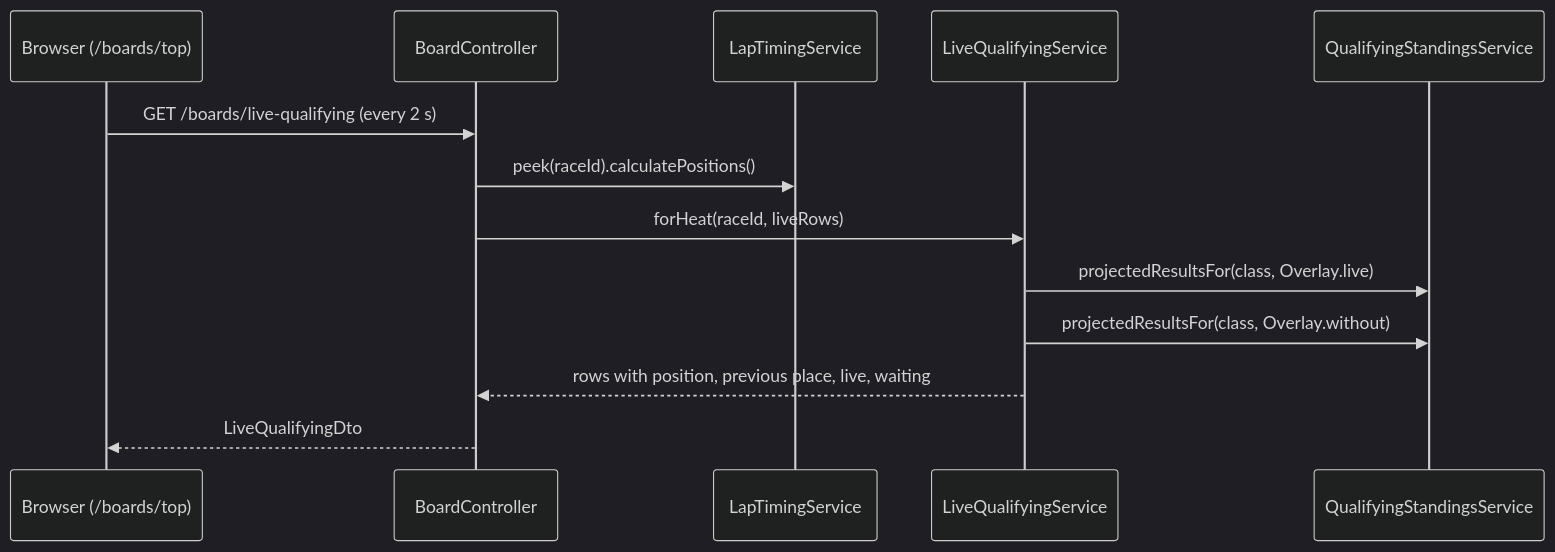
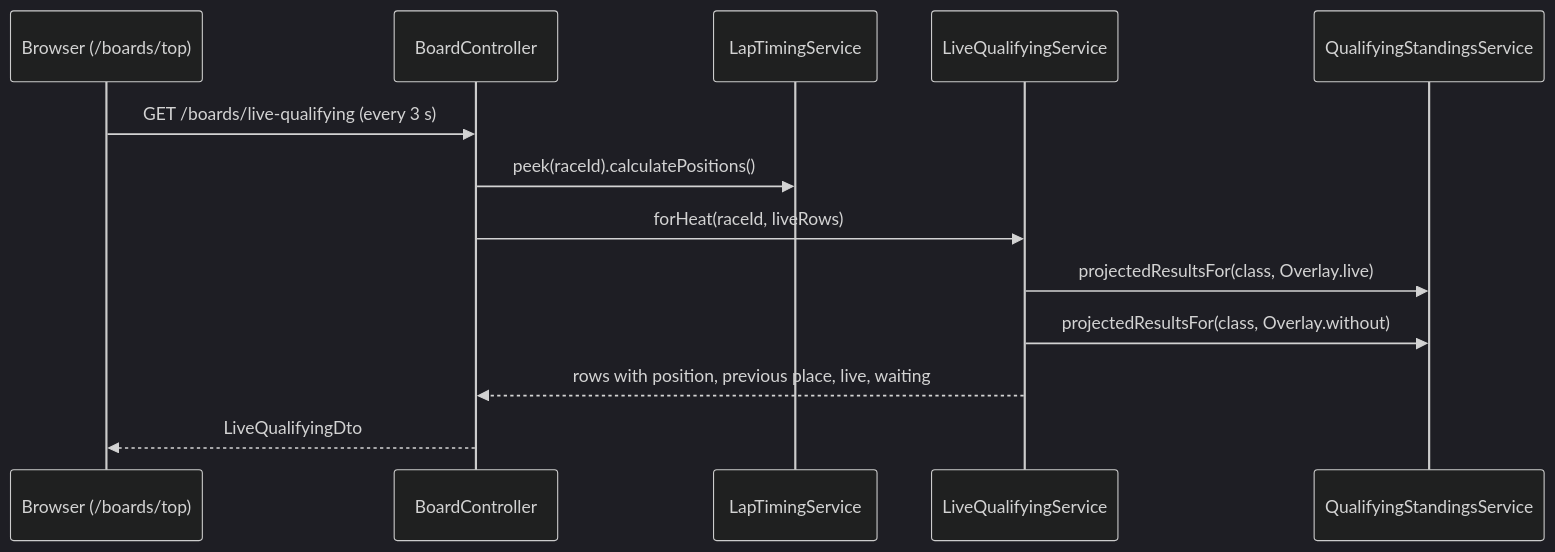
One commit to RCRaceHub/RCTimingControl changed the seventh of 10 diagrams in docs/developer/sequences.md. Above: the diagram before and after it, drawn with Mermaid (dark theme). The commit also changed other lines of this file and 4 other files, not shown here.

````diff
--- a/docs/developer/sequences.md
+++ b/docs/developer/sequences.md
@@ -217,15 +217,15 @@
 ```mermaid
 sequenceDiagram
     participant B as Browser (/boards/top)
     participant BC as BoardController
     participant LTS as LapTimingService
     participant LQ as LiveQualifyingService
     participant QS as QualifyingStandingsService
-    B->>BC: GET /boards/live-qualifying (every 2 s)
+    B->>BC: GET /boards/live-qualifying (every 3 s)
     BC->>LTS: peek(raceId).calculatePositions()
     BC->>LQ: forHeat(raceId, liveRows)
     LQ->>QS: projectedResultsFor(class, Overlay.live)
     LQ->>QS: projectedResultsFor(class, Overlay.without)
     LQ-->>BC: rows with position, previous place, live, waiting
     BC-->>B: LiveQualifyingDto
 ```
````
